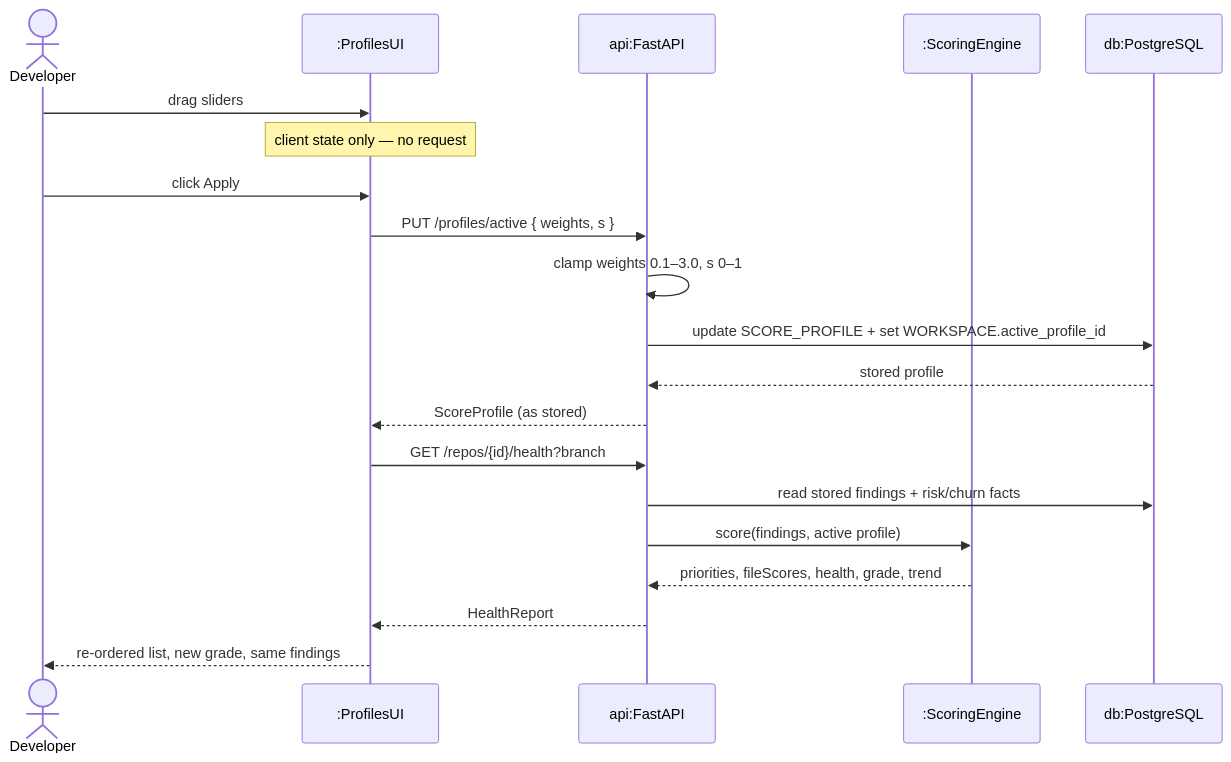
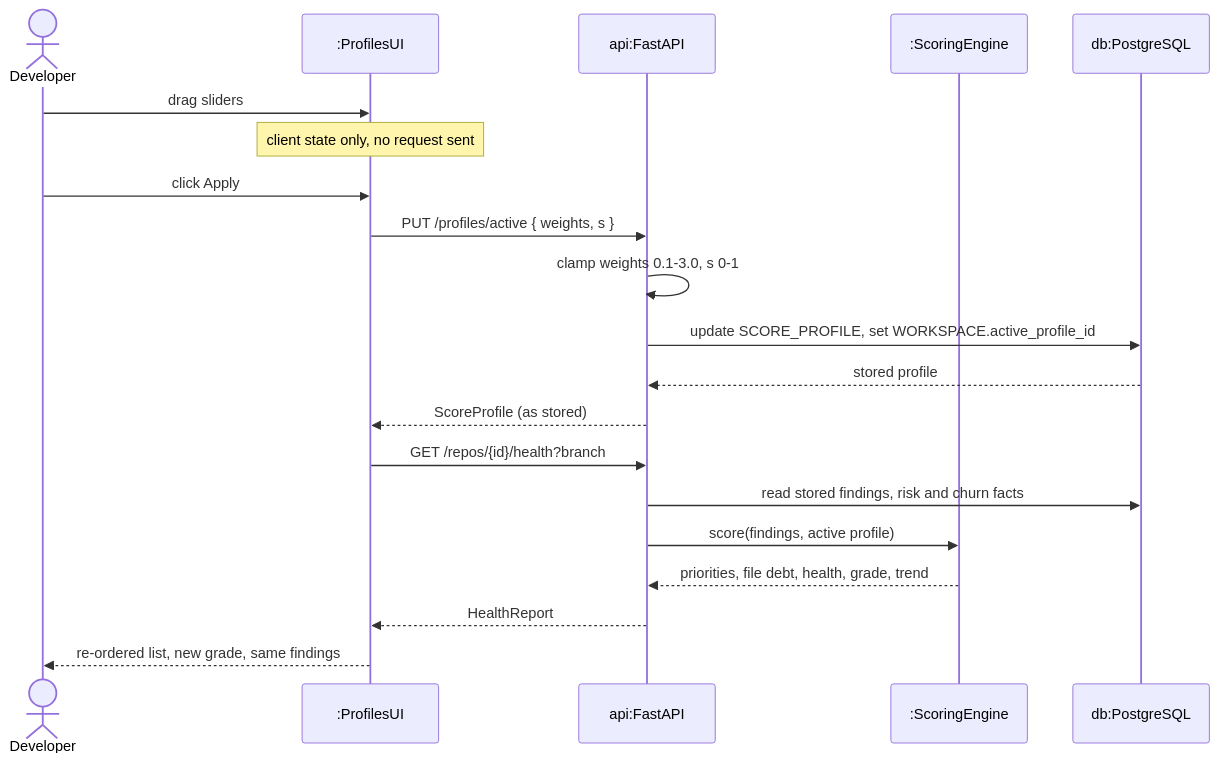
One commit to JPabasara/CodeSage-AI changed the sixth of 9 diagrams in docs/Deliverables/Software_Architecture_Document.md. Above: the diagram before and after it, drawn with Mermaid. The commit also changed other lines of this file, not shown here.

````diff
--- a/docs/Deliverables/Software_Architecture_Document.md
+++ b/docs/Deliverables/Software_Architecture_Document.md
@@ -347,23 +415,23 @@
 ```mermaid
 sequenceDiagram
     actor Dev as Developer
     participant UI as :ProfilesUI
     participant API as api:FastAPI
     participant SS as :ScoringEngine
     participant DB as db:PostgreSQL
 
     Dev->>UI: drag sliders
-    Note over UI: client state only — no request
+    Note over UI: client state only, no request sent
     Dev->>UI: click Apply
     UI->>API: PUT /profiles/active { weights, s }
-    API->>API: clamp weights 0.1–3.0, s 0–1
-    API->>DB: update SCORE_PROFILE + set WORKSPACE.active_profile_id
+    API->>API: clamp weights 0.1-3.0, s 0-1
+    API->>DB: update SCORE_PROFILE, set WORKSPACE.active_profile_id
     DB-->>API: stored profile
     API-->>UI: ScoreProfile (as stored)
     UI->>API: GET /repos/{id}/health?branch
-    API->>DB: read stored findings + risk/churn facts
+    API->>DB: read stored findings, risk and churn facts
     API->>SS: score(findings, active profile)
-    SS-->>API: priorities, fileScores, health, grade, trend
+    SS-->>API: priorities, file debt, health, grade, trend
     API-->>UI: HealthReport
     UI-->>Dev: re-ordered list, new grade, same findings
 ```
````
